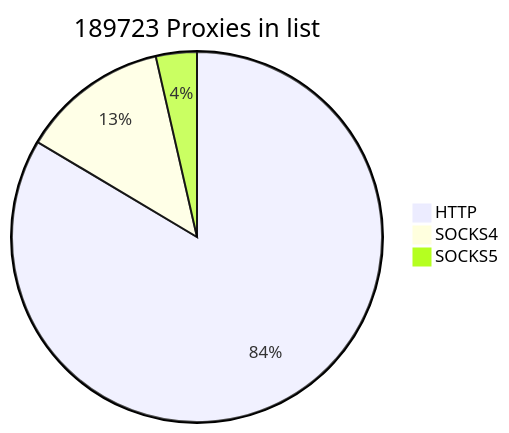
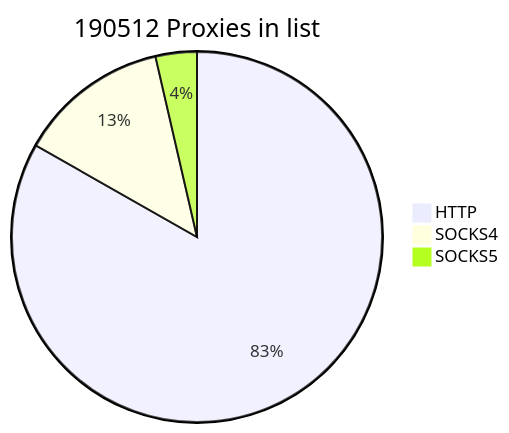
The first of 2 diagrams in README.md (cutipu/proxylist), drawn with Mermaid before and after one commit. The commit also changed other lines of this file, not shown here.

````diff
--- a/README.md
+++ b/README.md
@@ -2,7 +2,7 @@
 ```mermaid
-pie title 189723 Proxies in list
-    "HTTP" : 158520
-    "SOCKS4" : 24423
-    "SOCKS5" : 6780
+pie title 190512 Proxies in list
+    "HTTP" : 158546
+    "SOCKS4" : 25102
+    "SOCKS5" : 6864
             
 ```
````
